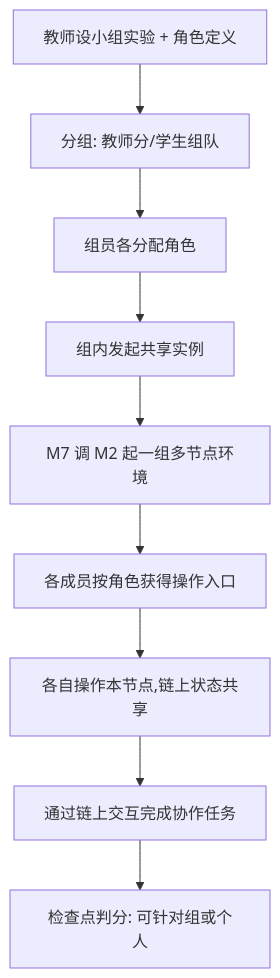
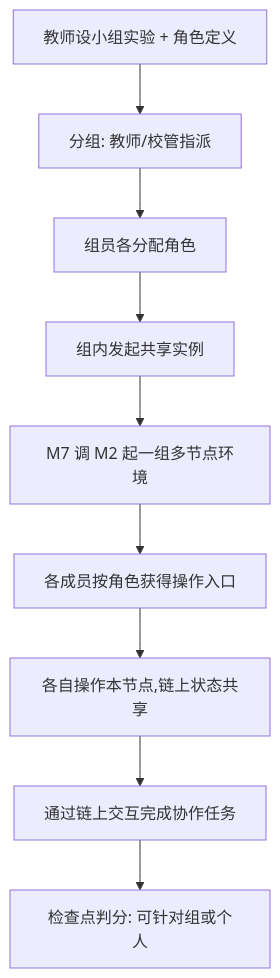
The fourth of 6 diagrams in docs/07-实验/05-业务流程与状态机.md (menghuishisan/CHAIMIR), drawn with Mermaid before and after one commit. The commit also changed other lines of this file and 340 other files, not shown here.

````diff
--- a/docs/07-实验/05-业务流程与状态机.md
+++ b/docs/07-实验/05-业务流程与状态机.md
@@ -106,11 +116,11 @@
 ```mermaid
 flowchart TD
-    A[教师设小组实验 + 角色定义] --> B[分组: 教师分/学生组队]
+    A[教师设小组实验 + 角色定义] --> B[分组: 教师/校管指派]
     B --> C[组员各分配角色]
     C --> D[组内发起共享实例]
     D --> E[M7 调 M2 起一组多节点环境]
     E --> F[各成员按角色获得操作入口]
     F --> G[各自操作本节点,链上状态共享]
     G --> H[通过链上交互完成协作任务]
     H --> I[检查点判分: 可针对组或个人]
 ```
````
